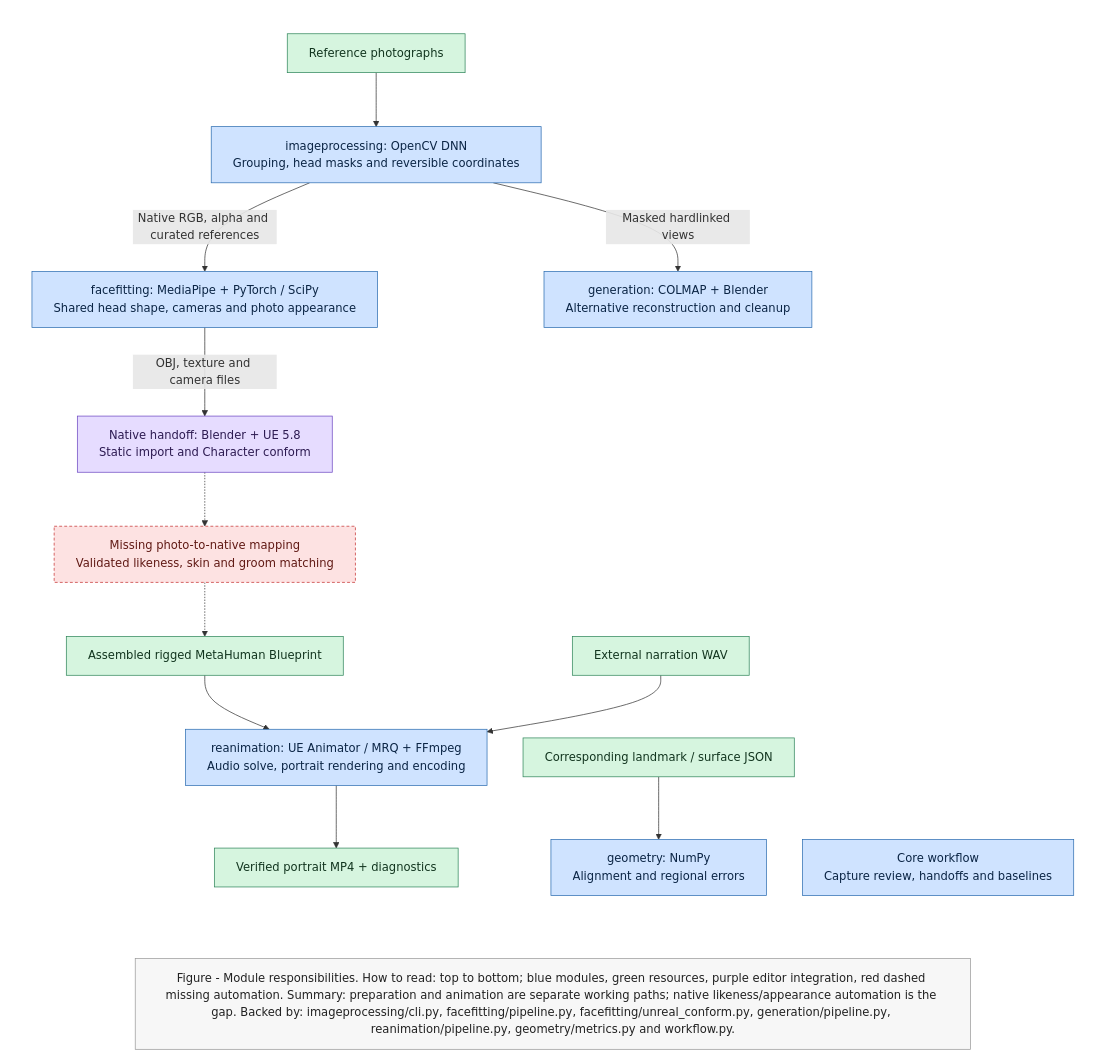
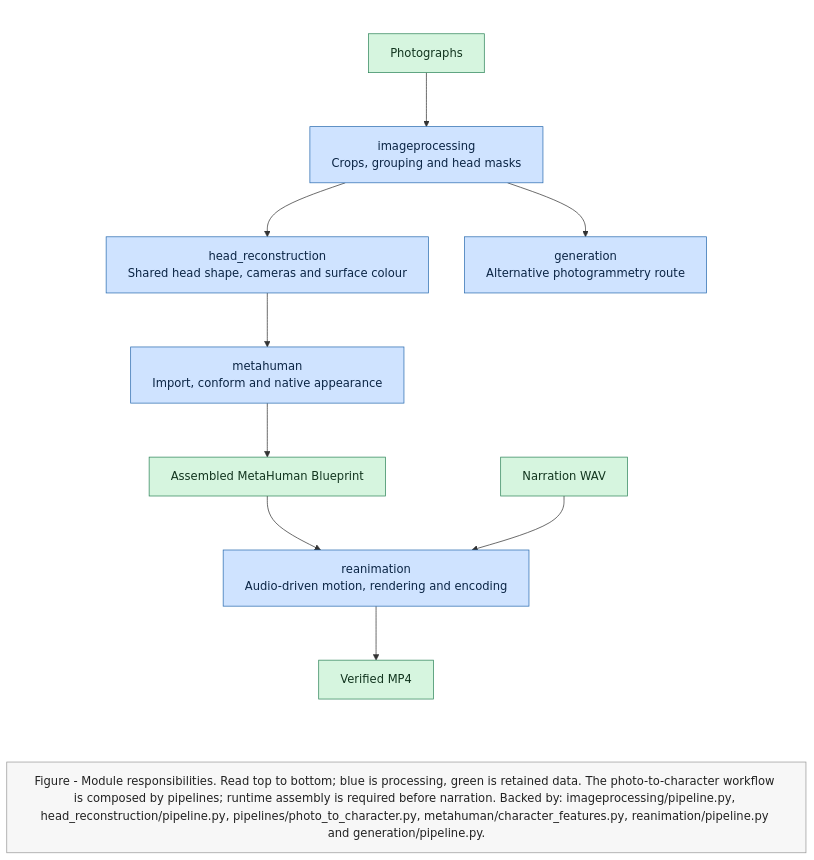
Before and after one commit to Arka95/ailias: the diagram in README.md, drawn with Mermaid. The commit also changed other lines of this file and 226 other files, not shown here.

First line of the commit message:
Refactor pipeline ownership and complete safely timed video execution

````diff
--- a/README.md
+++ b/README.md
@@ -49,26 +50,21 @@
 ```mermaid
-%%{init: {"flowchart": {"wrappingWidth": 1100}}}%%
+%%{init: {"flowchart": {"wrappingWidth": 1050}}}%%
 flowchart TB
     subgraph MAIN[" "]
         direction TB
-        PH["Reference photographs"]:::store --> IMG["imageprocessing: OpenCV DNN<br/>Grouping, head masks and reversible coordinates"]:::svc
-        IMG -->|Native RGB, alpha and curated references| FIT["facefitting: MediaPipe + PyTorch / SciPy<br/>Shared head shape, cameras and photo appearance"]:::svc
-        IMG -->|Masked hardlinked views| GEN["generation: COLMAP + Blender<br/>Alternative reconstruction and cleanup"]:::svc
-        FIT -->|OBJ, texture and camera files| UE["Native handoff: Blender + UE 5.8<br/>Static import and Character conform"]:::ext
-        UE -.-> GAP["Missing photo-to-native mapping<br/>Validated likeness, skin and groom matching"]:::unknown
-        GAP -.-> RIG["Assembled rigged MetaHuman Blueprint"]:::store
-        RIG --> REEL["reanimation: UE Animator / MRQ + FFmpeg<br/>Audio solve, portrait rendering and encoding"]:::svc
-        WAV["External narration WAV"]:::store --> REEL
-        REEL --> VIDEO["Verified portrait MP4 + diagnostics"]:::store
-        JSON["Corresponding landmark / surface JSON"]:::store --> GEO["geometry: NumPy<br/>Alignment and regional errors"]:::svc
-        CAP["Core workflow<br/>Capture review, handoffs and baselines"]:::svc
+        PH["Photographs"]:::store --> IMG["imageprocessing<br/>Crops, grouping and head masks"]:::svc
+        IMG --> HEAD["head_reconstruction<br/>Shared head shape, cameras and surface colour"]:::svc
+        HEAD --> META["metahuman<br/>Import, conform and native appearance"]:::svc
+        META --> RIG["Assembled MetaHuman Blueprint"]:::store
+        RIG --> REEL["reanimation<br/>Audio-driven motion, rendering and encoding"]:::svc
+        WAV["Narration WAV"]:::store --> REEL
+        REEL --> MP4["Verified MP4"]:::store
+        IMG --> GEN["generation<br/>Alternative photogrammetry route"]:::svc
     end
     MAIN ~~~ SUM
-    SUM["Figure - Module responsibilities. How to read: top to bottom; blue modules, green resources, purple editor integration, red dashed missing automation. Summary: preparation and animation are separate working paths; native likeness/appearance automation is the gap. Backed by: imageprocessing/cli.py, facefitting/pipeline.py, facefitting/unreal_conform.py, generation/pipeline.py, reanimation/pipeline.py, geometry/metrics.py and workflow.py."]:::caption
+    SUM["Figure - Module responsibilities. Read top to bottom; blue is processing, green is retained data. The photo-to-character workflow is composed by pipelines; runtime assembly is required before narration. Backed by: imageprocessing/pipeline.py, head_reconstruction/pipeline.py, pipelines/photo_to_character.py, metahuman/character_features.py, reanimation/pipeline.py and generation/pipeline.py."]:::caption
     style MAIN fill:none,stroke:none
     classDef svc fill:#cfe3ff,stroke:#2b6cb0,color:#0b2545
-    classDef ext fill:#e6dcff,stroke:#6b46c1,color:#2d1b52
     classDef store fill:#d6f5df,stroke:#2f855a,color:#12351f
-    classDef unknown fill:#fde2e2,stroke:#c53030,color:#611a15,stroke-dasharray:4 3
     classDef caption fill:#f7f7f7,stroke:#999,color:#222,font-size:16px
 ```
````
